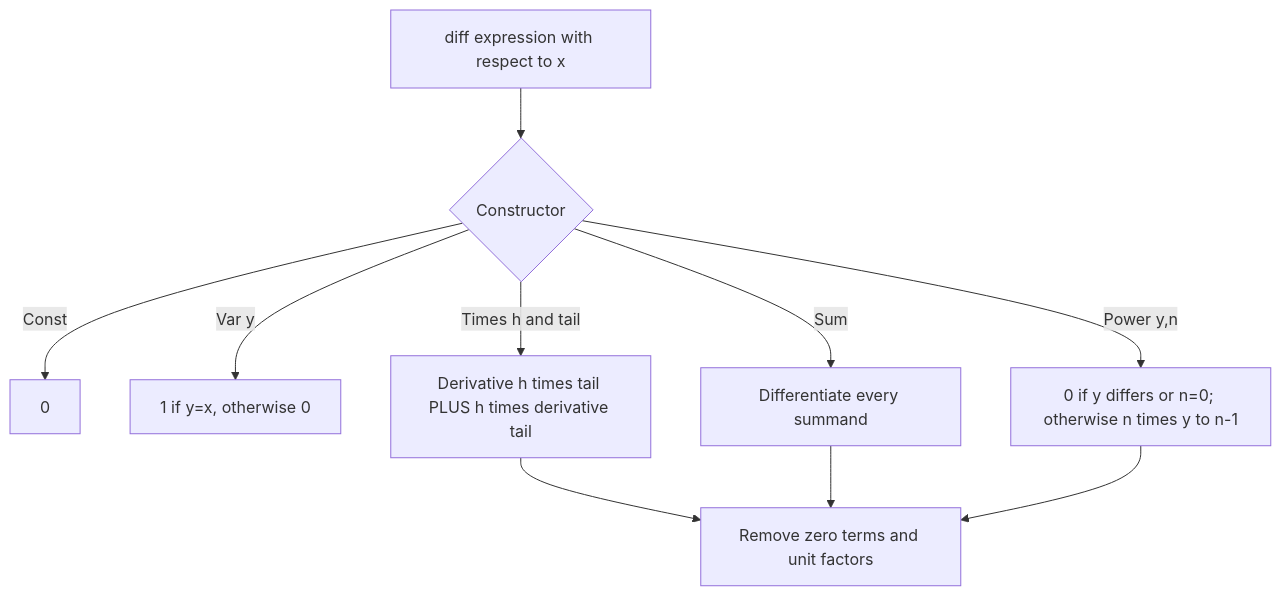
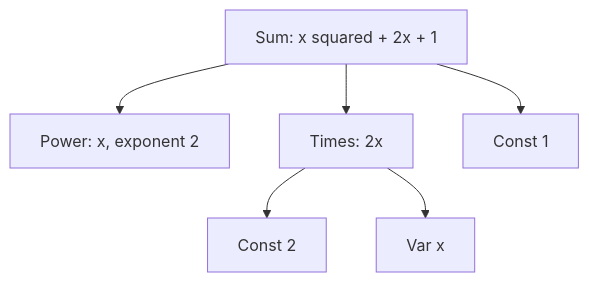
Before and after one commit to S0lluxx26/Programming_language_book_analyze: the diagram in dist/assets/diagrams/textbook-02-problems-12.mmd, drawn with Mermaid. The commit also changed 44 other files, not shown here.

```diff
--- a/dist/assets/diagrams/textbook-02-problems-12.mmd
+++ b/dist/assets/diagrams/textbook-02-problems-12.mmd
@@ -1,12 +1,8 @@
 flowchart TD
-  accTitle: Problem 12 - dispatch differentiation by expression constructor
-  accDescr: Constants, variables, powers, sums, and products have separate derivative rules; product terms differentiate one factor at a time.
-  A["diff expression with respect to x"] --> B{"Constructor"}
-  B -->|Const| C["0"]
-  B -->|Var y| D["1 if y=x, otherwise 0"]
-  B -->|Power y,n| E["0 if y differs or n=0; otherwise n times y to n-1"]
-  B -->|Sum| F["Differentiate every summand"]
-  B -->|Times h and tail| G["Derivative h times tail PLUS h times derivative tail"]
-  G --> H["Remove zero terms and unit factors"]
-  F --> H
-  E --> H
+  accTitle: Problem 12 - read the polynomial as a tree before differentiating
+  accDescr: The outer sum has a power, a product, and a constant child. The product has two factors, constant two and variable x.
+  S["Sum: x squared + 2x + 1"] --> P["Power: x, exponent 2"]
+  S --> T["Times: 2x"]
+  S --> C["Const 1"]
+  T --> N["Const 2"]
+  T --> X["Var x"]
```
